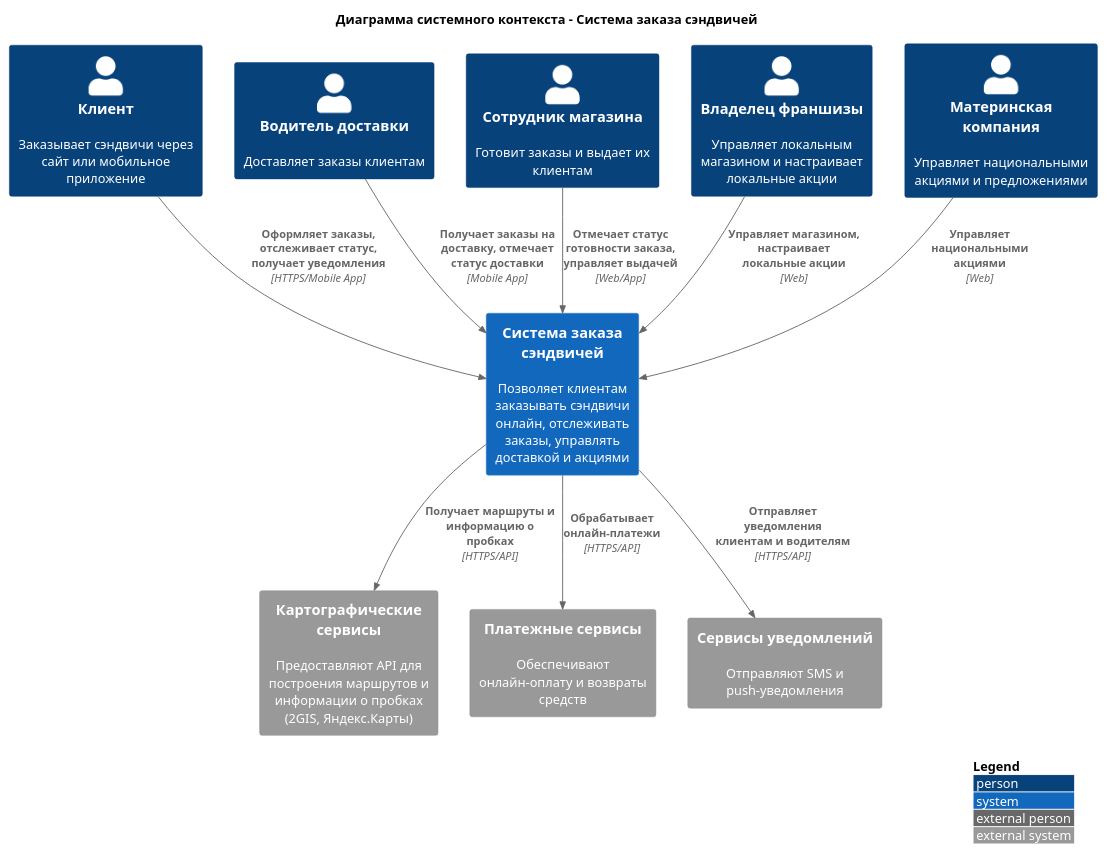
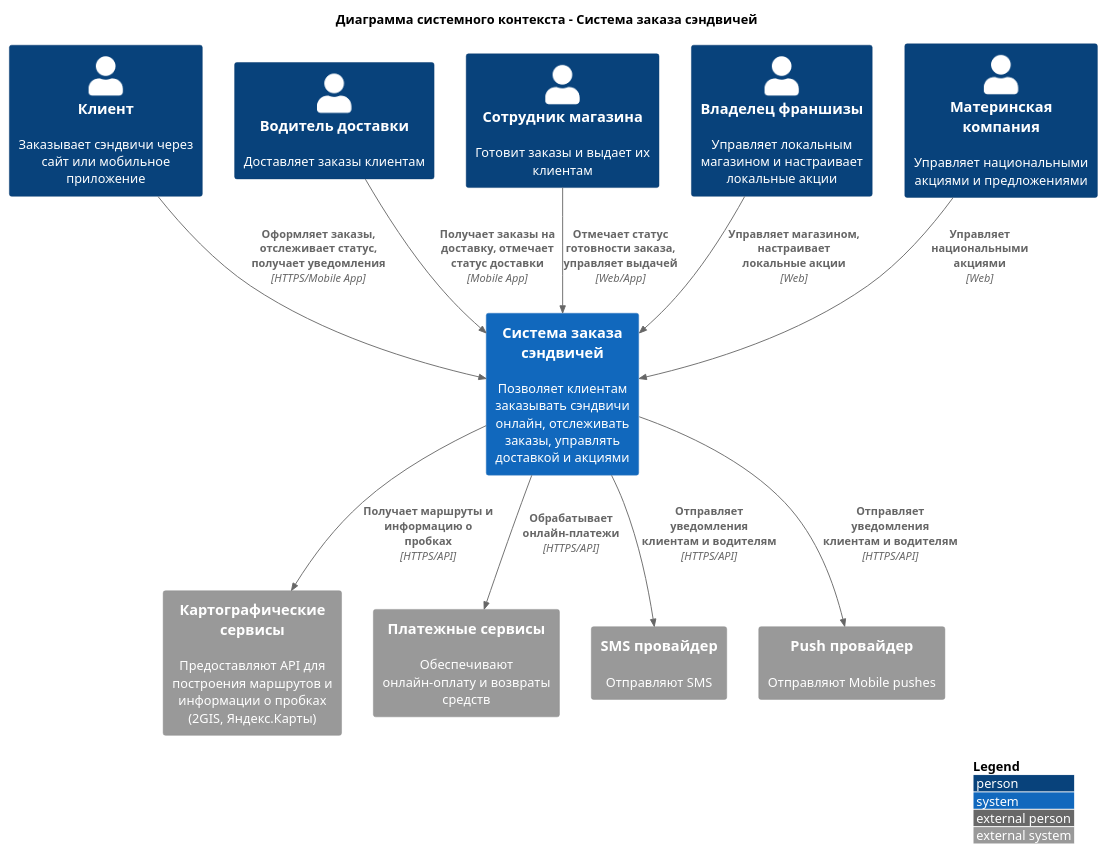
Before and after one commit to QimbE/SoftwareArchitecture: the diagram in Lab Work №2/src/context_diagram.puml, drawn with PlantUML. The commit also changed 2 other files, not shown here.

```diff
--- a/Lab Work №2/src/context_diagram.puml
+++ b/Lab Work №2/src/context_diagram.puml
@@ -1,30 +1,32 @@
 @startuml
 !include https://raw.githubusercontent.com/plantuml-stdlib/C4-PlantUML/master/C4_Context.puml
 
 LAYOUT_WITH_LEGEND()
 
 title Диаграмма системного контекста - Система заказа сэндвичей
 
 Person(client, "Клиент", "Заказывает сэндвичи через сайт или мобильное приложение")
 Person(driver, "Водитель доставки", "Доставляет заказы клиентам")
 Person(employee, "Сотрудник магазина", "Готовит заказы и выдает их клиентам")
 Person(franchisee, "Владелец франшизы", "Управляет локальным магазином и настраивает локальные акции")
 Person(franchiser, "Материнская компания", "Управляет национальными акциями и предложениями")
 
 System(sandwich_system, "Система заказа сэндвичей", "Позволяет клиентам заказывать сэндвичи онлайн, отслеживать заказы, управлять доставкой и акциями")
 
 System_Ext(maps, "Картографические сервисы", "Предоставляют API для построения маршрутов и информации о пробках (2GIS, Яндекс.Карты)")
 System_Ext(payment, "Платежные сервисы", "Обеспечивают онлайн-оплату и возвраты средств")
-System_Ext(notification, "Сервисы уведомлений", "Отправляют SMS и push-уведомления")
+System_Ext(notification_sms, "SMS провайдер", "Отправляют SMS")
+System_Ext(notification_push, "Push провайдер", "Отправляют Mobile pushes")
 
 Rel(client, sandwich_system, "Оформляет заказы, отслеживает статус, получает уведомления", "HTTPS/Mobile App")
 Rel(driver, sandwich_system, "Получает заказы на доставку, отмечает статус доставки", "Mobile App")
 Rel(employee, sandwich_system, "Отмечает статус готовности заказа, управляет выдачей", "Web/App")
 Rel(franchisee, sandwich_system, "Управляет магазином, настраивает локальные акции", "Web")
 Rel(franchiser, sandwich_system, "Управляет национальными акциями", "Web")
 
 Rel(sandwich_system, maps, "Получает маршруты и информацию о пробках", "HTTPS/API")
 Rel(sandwich_system, payment, "Обрабатывает онлайн-платежи", "HTTPS/API")
-Rel(sandwich_system, notification, "Отправляет уведомления клиентам и водителям", "HTTPS/API")
+Rel(sandwich_system, notification_sms, "Отправляет уведомления клиентам и водителям", "HTTPS/API")
+Rel(sandwich_system, notification_push, "Отправляет уведомления клиентам и водителям", "HTTPS/API")
 
 @enduml
```
